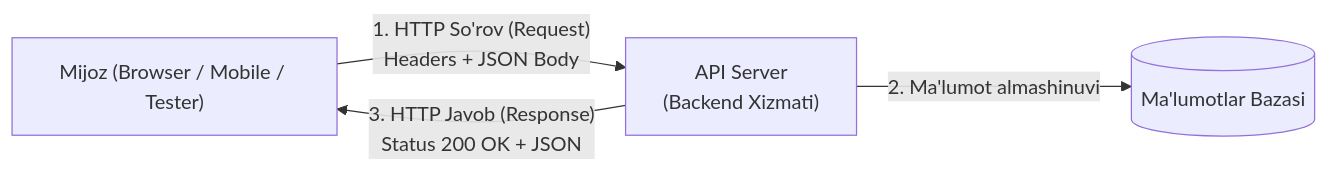
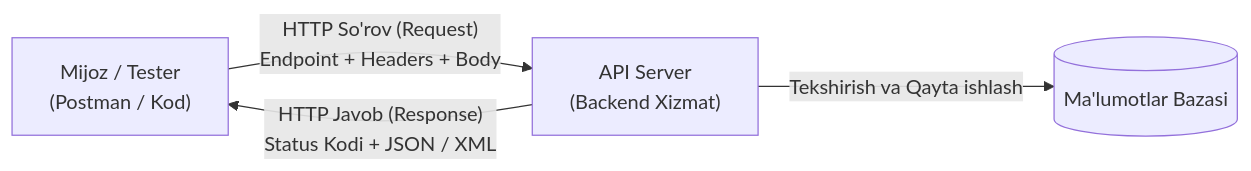
One commit to Ergashov15/qa-uzbekistan changed the diagram in app/docs/software-testing/api-testing-tutorial/page.mdx. Above: the diagram before and after it, drawn with Mermaid. The commit also changed other lines of this file and 3 other files, not shown here.

````diff
--- a/app/docs/software-testing/api-testing-tutorial/page.mdx
+++ b/app/docs/software-testing/api-testing-tutorial/page.mdx
@@ -13,6 +19,6 @@
 ```mermaid
 flowchart LR
-    Client["Mijoz (Browser / Mobile / Tester)"] -->|"1. HTTP So'rov (Request)\nHeaders + JSON Body"| API["API Server\n(Backend Xizmati)"]
-    API -->|"2. Ma'lumot almashinuvi"| DB[(Ma'lumotlar Bazasi)]
-    API -->|"3. HTTP Javob (Response)\nStatus 200 OK + JSON"| Client
+    Client["Mijoz / Tester\n(Postman / Kod)"] -->|"HTTP So'rov (Request)\nEndpoint + Headers + Body"| API["API Server\n(Backend Xizmat)"]
+    API -->|"Tekshirish va Qayta ishlash"| DB[(Ma'lumotlar Bazasi)]
+    API -->|"HTTP Javob (Response)\nStatus Kodi + JSON / XML"| Client
 ```
````
